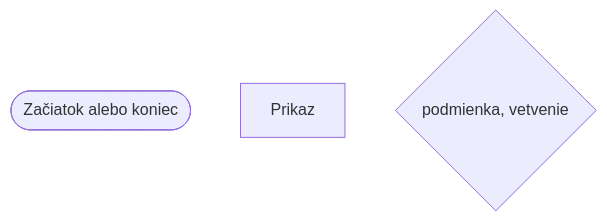
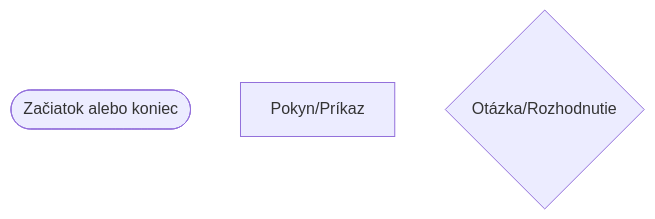
The first of 2 diagrams in Lessons_sk/01_Algorithms_sk.md (SpsKnSK/api), drawn with Mermaid before and after one commit. The commit also changed other lines of this file and 19 other files, not shown here.

````diff
--- a/Lessons_sk/01_Algorithms_sk.md
+++ b/Lessons_sk/01_Algorithms_sk.md
@@ -46,6 +49,6 @@
 ```mermaid
 flowchart TB
     kezdetVagyVeg([Začiatok alebo koniec])
-    parancs[Prikaz]
-    if{podmienka, vetvenie}
+    parancs[Pokyn/Príkaz]
+    if{Otázka/Rozhodnutie}
 ```
````
